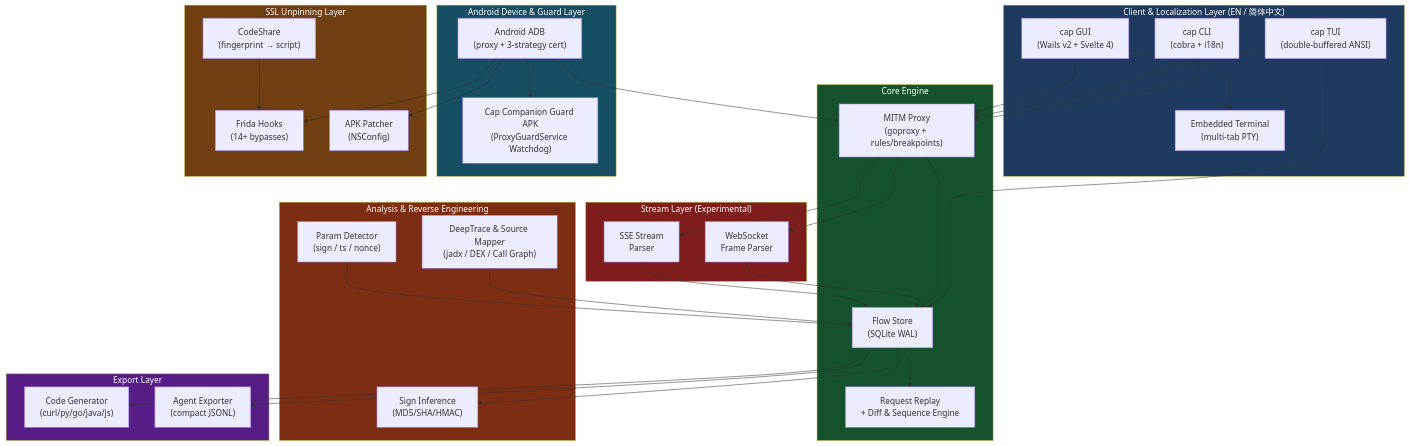
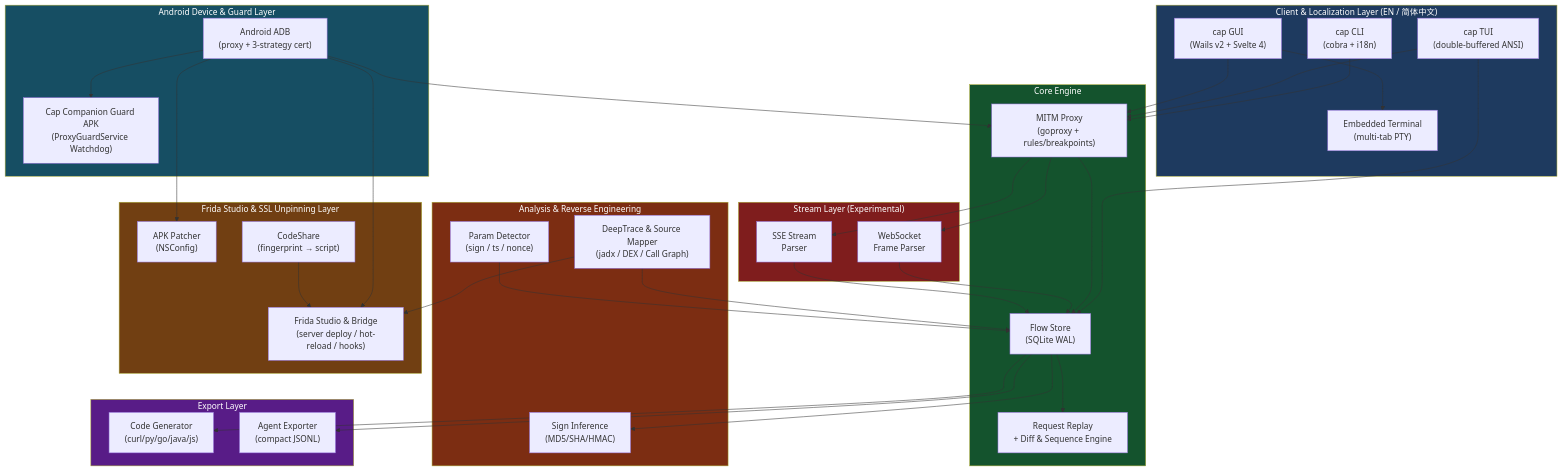
Before and after one commit to overkazaf/cap: the first of 2 diagrams in README.md, drawn with Mermaid. The commit also changed other lines of this file and 42 other files, not shown here.

First line of the commit message:
feat(frida): Frida Studio workbench, server lifecycle, Python bridge with hot-reload, DeepTrace→Hook codegen & CLI

````diff
--- a/README.md
+++ b/README.md
@@ -112,72 +113,73 @@
 ```mermaid
 flowchart TB
     subgraph Client["Client & Localization Layer (EN / 简体中文)"]
         CLI["cap CLI<br/>(cobra + i18n)"]
         TUI["cap TUI<br/>(double-buffered ANSI)"]
         GUI["cap GUI<br/>(Wails v2 + Svelte 4)"]
         TTY["Embedded Terminal<br/>(multi-tab PTY)"]
     end
 
     subgraph Core["Core Engine"]
         PROXY["MITM Proxy<br/>(goproxy + rules/breakpoints)"]
         STORE["Flow Store<br/>(SQLite WAL)"]
         REPLAY["Request Replay<br/>+ Diff & Sequence Engine"]
     end
 
     subgraph Analysis["Analysis & Reverse Engineering"]
         SIGN["Sign Inference<br/>(MD5/SHA/HMAC)"]
         TRACE["DeepTrace & Source Mapper<br/>(jadx / DEX / Call Graph)"]
         DETECT["Param Detector<br/>(sign / ts / nonce)"]
     end
 
     subgraph Export["Export Layer"]
         CODEGEN["Code Generator<br/>(curl/py/go/java/js)"]
         AGENT["Agent Exporter<br/>(compact JSONL)"]
     end
 
     subgraph Capture["Stream Layer (Experimental)"]
         WS["WebSocket<br/>Frame Parser"]
         SSE["SSE Stream<br/>Parser"]
     end
 
     subgraph Device["Android Device & Guard Layer"]
         ADB["Android ADB<br/>(proxy + 3-strategy cert)"]
         GUARD["Cap Companion Guard APK<br/>(ProxyGuardService Watchdog)"]
     end
 
-    subgraph Unpin["SSL Unpinning Layer"]
-        FRIDA["Frida Hooks<br/>(14+ bypasses)"]
+    subgraph Unpin["Frida Studio & SSL Unpinning Layer"]
+        FRIDA["Frida Studio & Bridge<br/>(server deploy / hot-reload / hooks)"]
         PATCH["APK Patcher<br/>(NSConfig)"]
         CODESHARE["CodeShare<br/>(fingerprint → script)"]
     end
 
     CLI --> PROXY
     TUI --> PROXY
     TUI --> STORE
     GUI --> PROXY
     GUI --> TTY
     PROXY --> STORE
     PROXY --> WS
     PROXY --> SSE
     WS --> STORE
     SSE --> STORE
     STORE --> CODEGEN
     STORE --> AGENT
     STORE --> SIGN
     STORE --> REPLAY
     TRACE --> STORE
+    TRACE --> FRIDA
     DETECT --> STORE
     ADB --> PROXY
     ADB --> GUARD
     ADB --> FRIDA
     ADB --> PATCH
     CODESHARE --> FRIDA
 
     style Client fill:#1e3a5f,color:#fff
     style Core fill:#14532d,color:#fff
     style Analysis fill:#7c2d12,color:#fff
     style Export fill:#581c87,color:#fff
     style Capture fill:#7f1d1d,color:#fff
     style Device fill:#164e63,color:#fff
     style Unpin fill:#713f12,color:#fff
 ```
````
